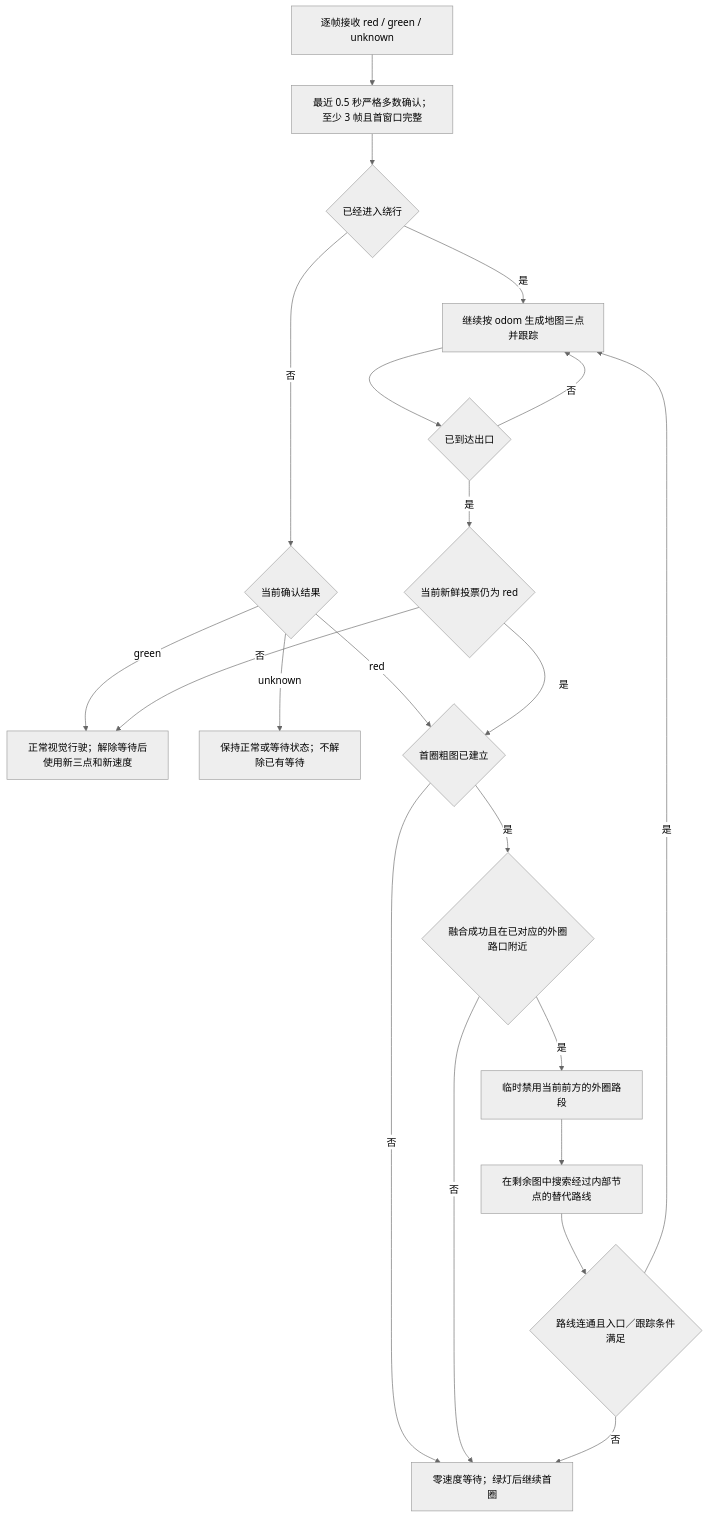
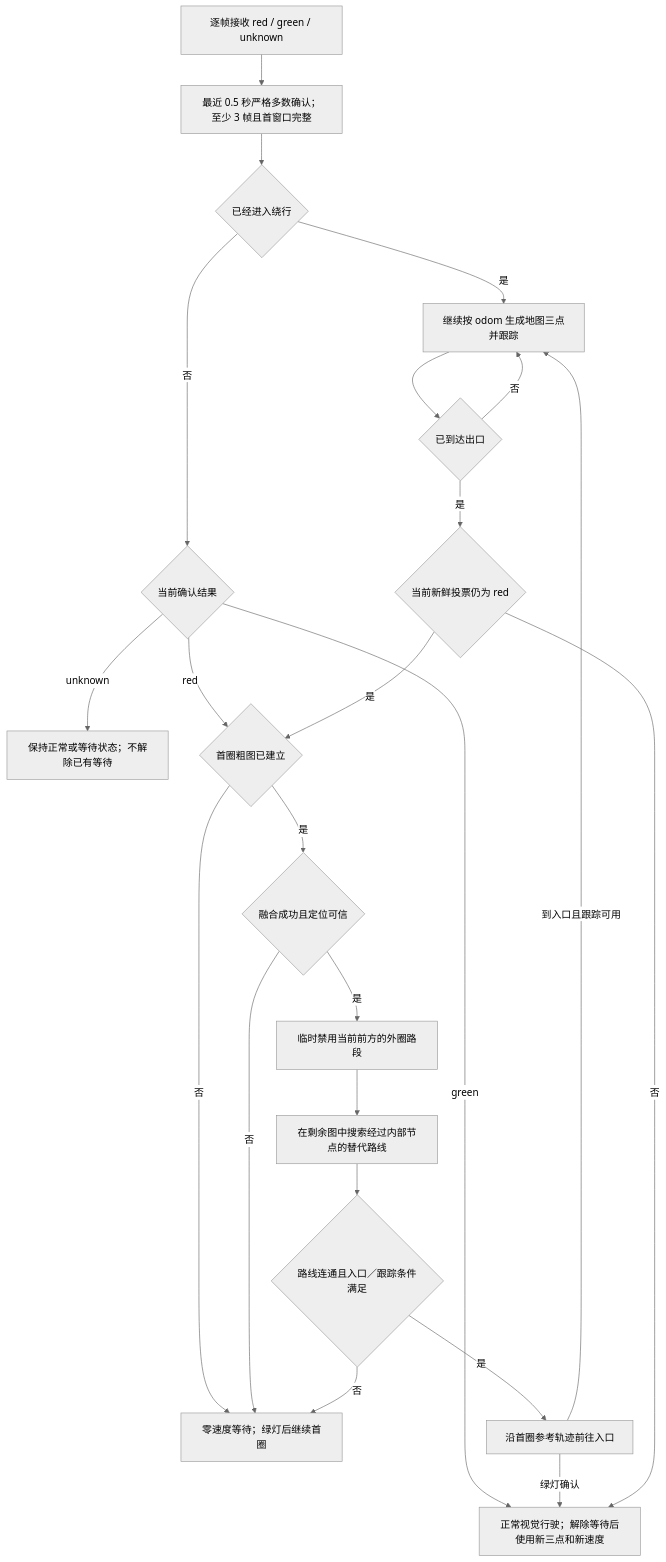
Before and after one commit to Sophia-AI-formula-team/neo_aiformula_sophia: the second of 2 diagrams in workspace/src/aiformula/perception/semantic_planning_system/semantic_local_planner_ros/MAP_ASSIST.md, drawn with Mermaid (neutral theme). The commit also changed other lines of this file and 11 other files, not shown here.

````diff
--- a/workspace/src/aiformula/perception/semantic_planning_system/semantic_local_planner_ros/MAP_ASSIST.md
+++ b/workspace/src/aiformula/perception/semantic_planning_system/semantic_local_planner_ros/MAP_ASSIST.md
@@ -184,23 +184,25 @@
 ```mermaid
 flowchart TD
     Light[逐帧接收 red / green / unknown] --> Vote[最近 0.5 秒严格多数确认；至少 3 帧且首窗口完整]
     Vote --> Active{已经进入绕行}
     Active -->|是| Follow[继续按 odom 生成地图三点并跟踪]
     Active -->|否| Red{当前确认结果}
     Red -->|green| Normal[正常视觉行驶；解除等待后使用新三点和新速度]
     Red -->|unknown| Keep[保持正常或等待状态；不解除已有等待]
     Red -->|red| Map{首圈粗图已建立}
     Map -->|否| Wait[零速度等待；绿灯后继续首圈]
-    Map -->|是| Locate{融合成功且在已对应的外圈路口附近}
+    Map -->|是| Locate{融合成功且定位可信}
     Locate -->|否| Wait
     Locate -->|是| Block[临时禁用当前前方的外圈路段]
     Block --> Search[在剩余图中搜索经过内部节点的替代路线]
     Search --> Valid{路线连通且入口／跟踪条件满足}
     Valid -->|否| Wait
-    Valid -->|是| Follow
+    Valid -->|是| Approach[沿首圈参考轨迹前往入口]
+    Approach -->|绿灯确认| Normal
+    Approach -->|到入口且跟踪可用| Follow
     Follow --> End{已到达出口}
     End -->|否| Follow
     End -->|是| Fresh{当前新鲜投票仍为 red}
     Fresh -->|是| Map
     Fresh -->|否| Normal
 ```
````
